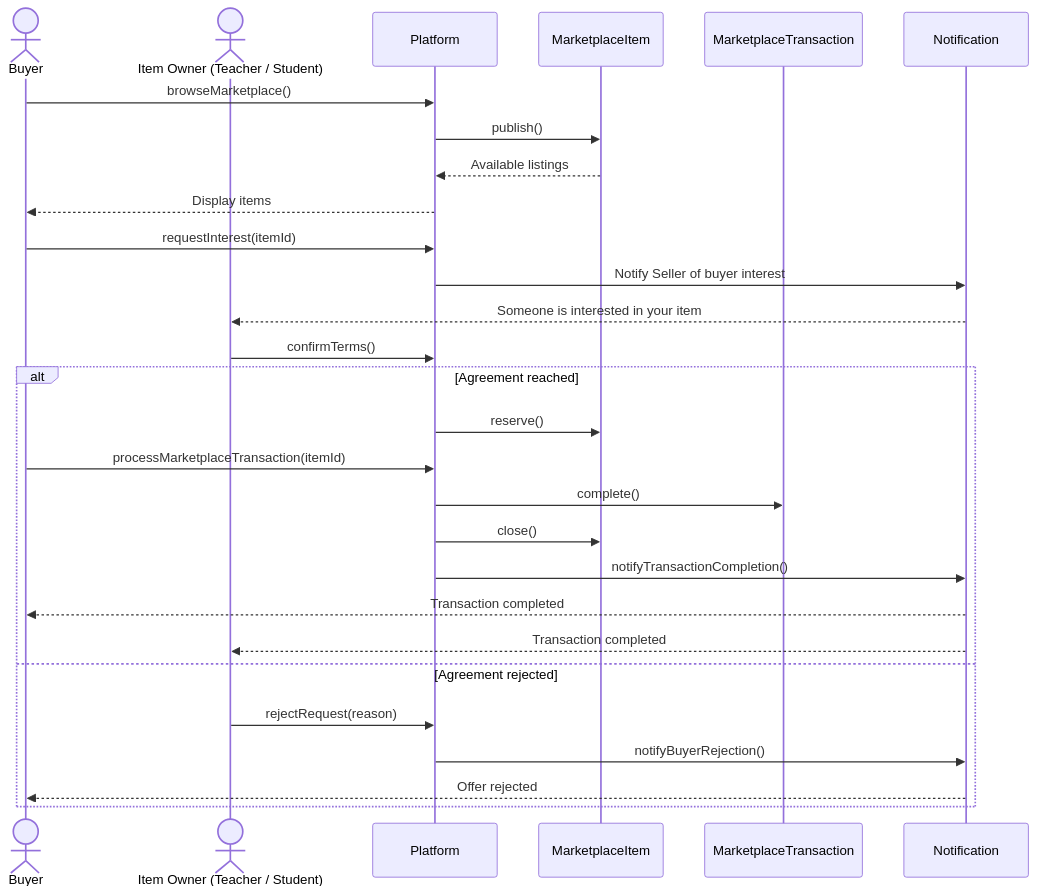
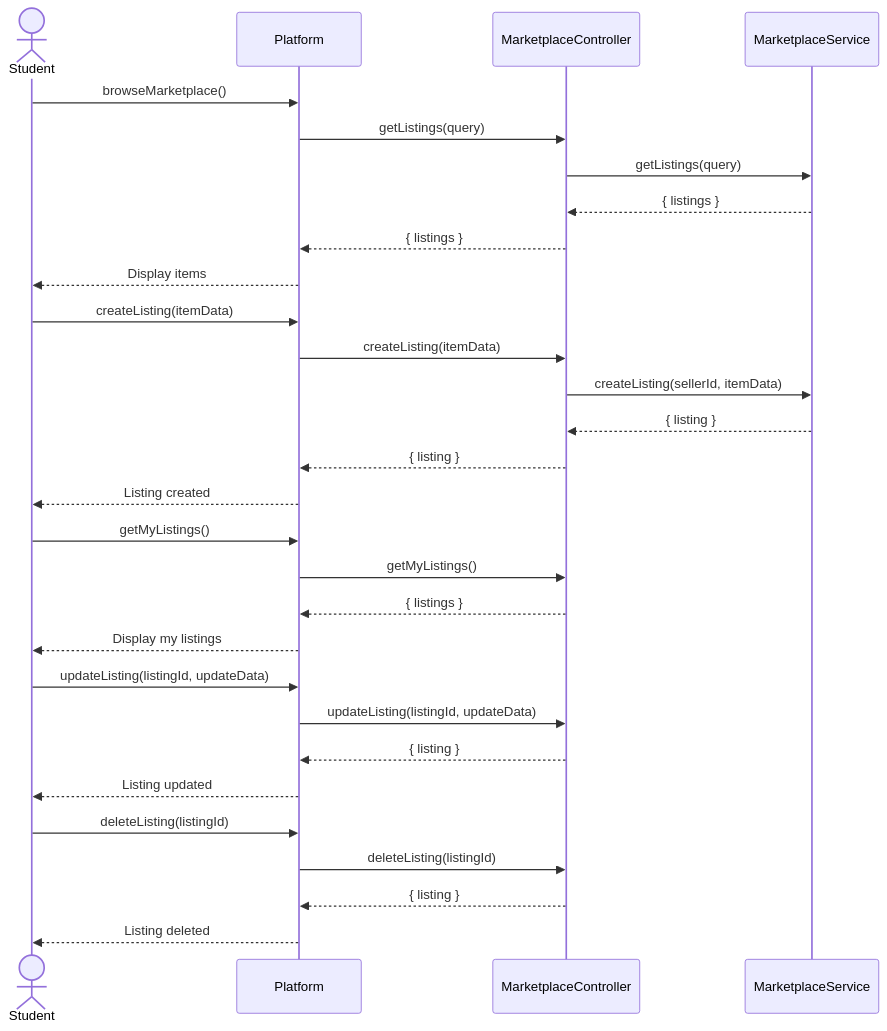
The ninth of 20 diagrams in diagrams/Sequence Diagram/sequencediagram.md (NovaLogic-Systems/gestArtes-docs), drawn with Mermaid before and after one commit. The commit also changed other lines of this file, not shown here.

Commit message:
Refactor sequence diagrams for user authentication, coaching session requests, and admin management

````diff
--- a/diagrams/Sequence Diagram/sequencediagram.md
+++ b/diagrams/Sequence Diagram/sequencediagram.md
@@ -298,32 +282,36 @@
 ```mermaid
 sequenceDiagram
-    actor Buyer
-    actor Seller as Item Owner (Teacher / Student)
-    participant Platform
-    participant MarketplaceItem
-    participant MarketplaceTransaction
-    participant Notification
+    actor Student
+    participant Platform as Platform
+    participant MarketplaceController as MarketplaceController
+    participant MarketplaceService as MarketplaceService
 
-    Buyer->>Platform: browseMarketplace()
-    Platform->>MarketplaceItem: publish()
-    MarketplaceItem-->>Platform: Available listings
-    Platform-->>Buyer: Display items
-    Buyer->>Platform: requestInterest(itemId)
-    Platform->>Notification: Notify Seller of buyer interest
-    Notification-->>Seller: Someone is interested in your item
-    Seller->>Platform: confirmTerms()
+    Student->>Platform: browseMarketplace()
+    Platform->>MarketplaceController: getListings(query)
+    MarketplaceController->>MarketplaceService: getListings(query)
+    MarketplaceService-->>MarketplaceController: { listings }
+    MarketplaceController-->>Platform: { listings }
+    Platform-->>Student: Display items
 
-    alt Agreement reached
-        Platform->>MarketplaceItem: reserve()
-        Buyer->>Platform: processMarketplaceTransaction(itemId)
-        Platform->>MarketplaceTransaction: complete()
-        Platform->>MarketplaceItem: close()
-        Platform->>Notification: notifyTransactionCompletion()
-        Notification-->>Buyer: Transaction completed
-        Notification-->>Seller: Transaction completed
-    else Agreement rejected
-        Seller->>Platform: rejectRequest(reason)
-        Platform->>Notification: notifyBuyerRejection()
-        Notification-->>Buyer: Offer rejected
-    end
+    Student->>Platform: createListing(itemData)
+    Platform->>MarketplaceController: createListing(itemData)
+    MarketplaceController->>MarketplaceService: createListing(sellerId, itemData)
+    MarketplaceService-->>MarketplaceController: { listing }
+    MarketplaceController-->>Platform: { listing }
+    Platform-->>Student: Listing created
+
+    Student->>Platform: getMyListings()
+    Platform->>MarketplaceController: getMyListings()
+    MarketplaceController-->>Platform: { listings }
+    Platform-->>Student: Display my listings
+
+    Student->>Platform: updateListing(listingId, updateData)
+    Platform->>MarketplaceController: updateListing(listingId, updateData)
+    MarketplaceController-->>Platform: { listing }
+    Platform-->>Student: Listing updated
+
+    Student->>Platform: deleteListing(listingId)
+    Platform->>MarketplaceController: deleteListing(listingId)
+    MarketplaceController-->>Platform: { listing }
+    Platform-->>Student: Listing deleted
 ```
````
